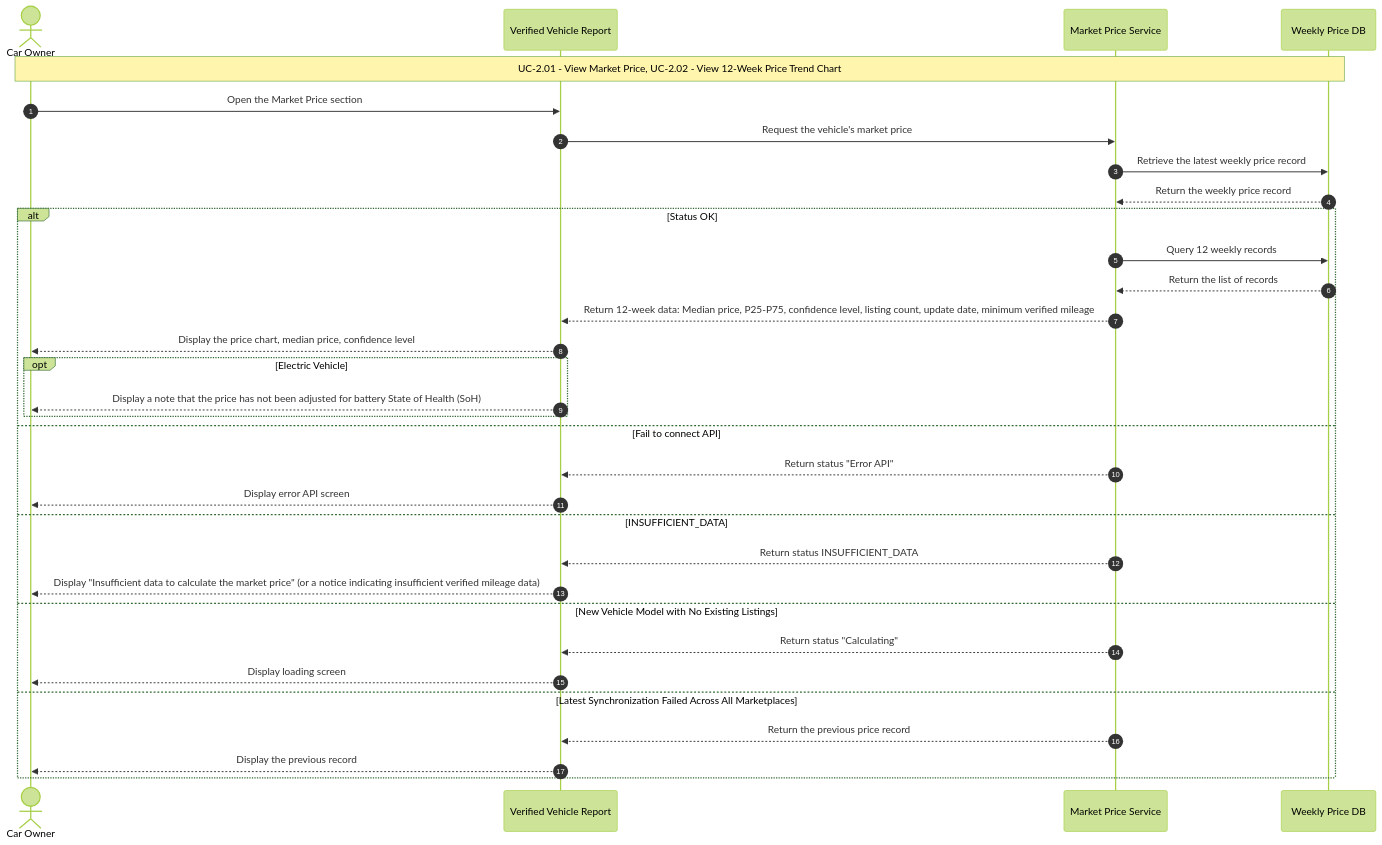
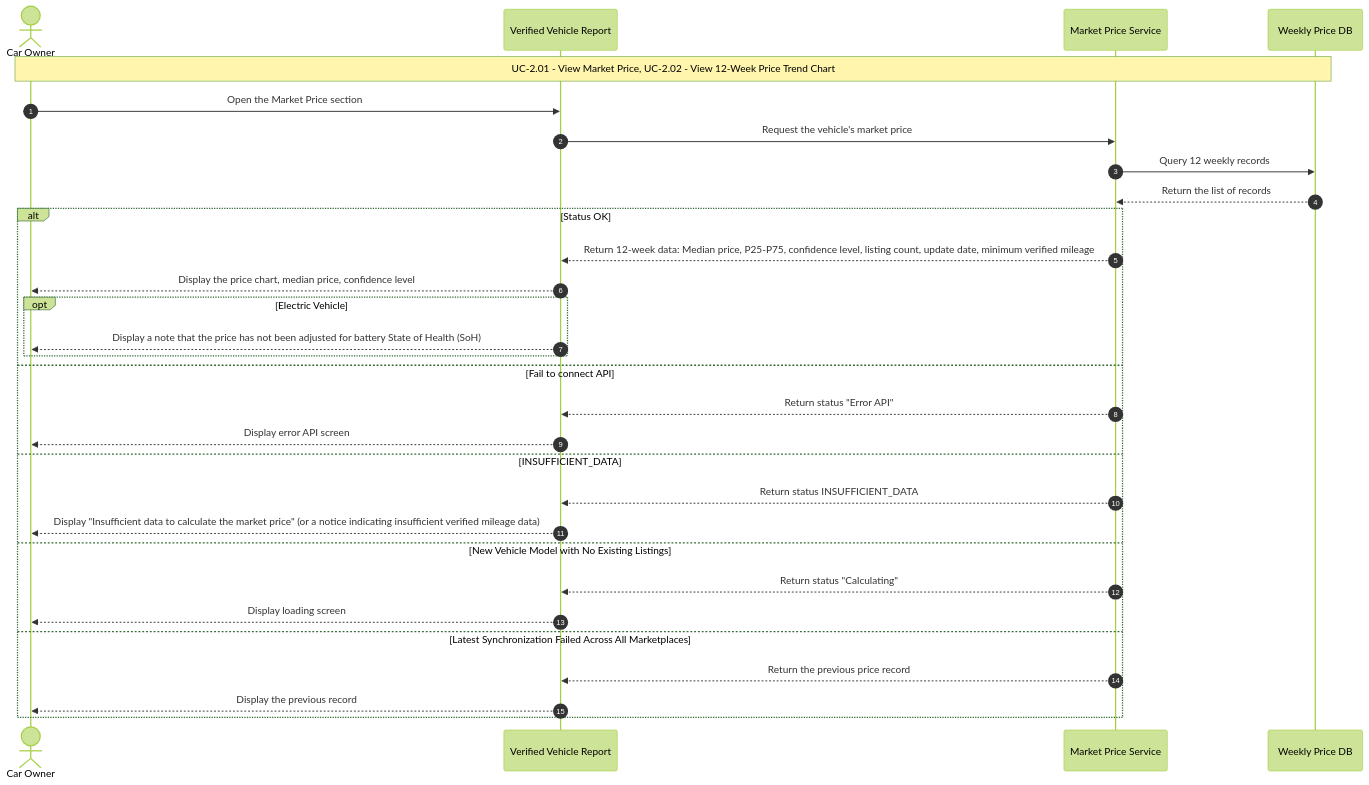
Before and after one commit to giangnhk63db/DBIZ-2_GROUP-A: the diagram in docs/use-case/sequence-diagram/S-05.md, drawn with Mermaid (forest theme).

````diff
--- a/docs/use-case/sequence-diagram/S-05.md
+++ b/docs/use-case/sequence-diagram/S-05.md
@@ -9,37 +9,35 @@
 ```mermaid 
 sequenceDiagram
     autonumber
     actor Owner as Car Owner
     participant App as Verified Vehicle Report
     participant MP as Market Price Service
     participant DB as Weekly Price DB
 
     Note over Owner, DB: UC-2.01 - View Market Price, UC-2.02 - View 12-Week Price Trend Chart
     Owner->>App: Open the Market Price section
     App->>MP: Request the vehicle's market price
-    MP->>DB: Retrieve the latest weekly price record
-    DB-->>MP: Return the weekly price record
+    MP->>DB: Query 12 weekly records
+    DB-->>MP: Return the list of records
 
     alt Status OK
-        MP->>DB: Query 12 weekly records
-        DB-->>MP: Return the list of records
         MP-->>App: Return 12-week data: Median price, P25-P75, confidence level, listing count, update date, minimum verified mileage
         App-->>Owner: Display the price chart, median price, confidence level
         opt Electric Vehicle
             App-->>Owner: Display a note that the price has not been adjusted for battery State of Health (SoH)
         end
     else Fail to connect API
         MP-->>App: Return status "Error API"
         App-->>Owner: Display error API screen
     else INSUFFICIENT_DATA
         MP-->>App: Return status INSUFFICIENT_DATA
         App-->>Owner: Display "Insufficient data to calculate the market price" (or a notice indicating insufficient verified mileage data)
     else New Vehicle Model with No Existing Listings
         MP-->>App: Return status "Calculating"
         App-->>Owner: Display loading screen
     else Latest Synchronization Failed Across All Marketplaces
         MP-->>App: Return the previous price record
         App-->>Owner: Display the previous record 
     end
     
 ```
````
